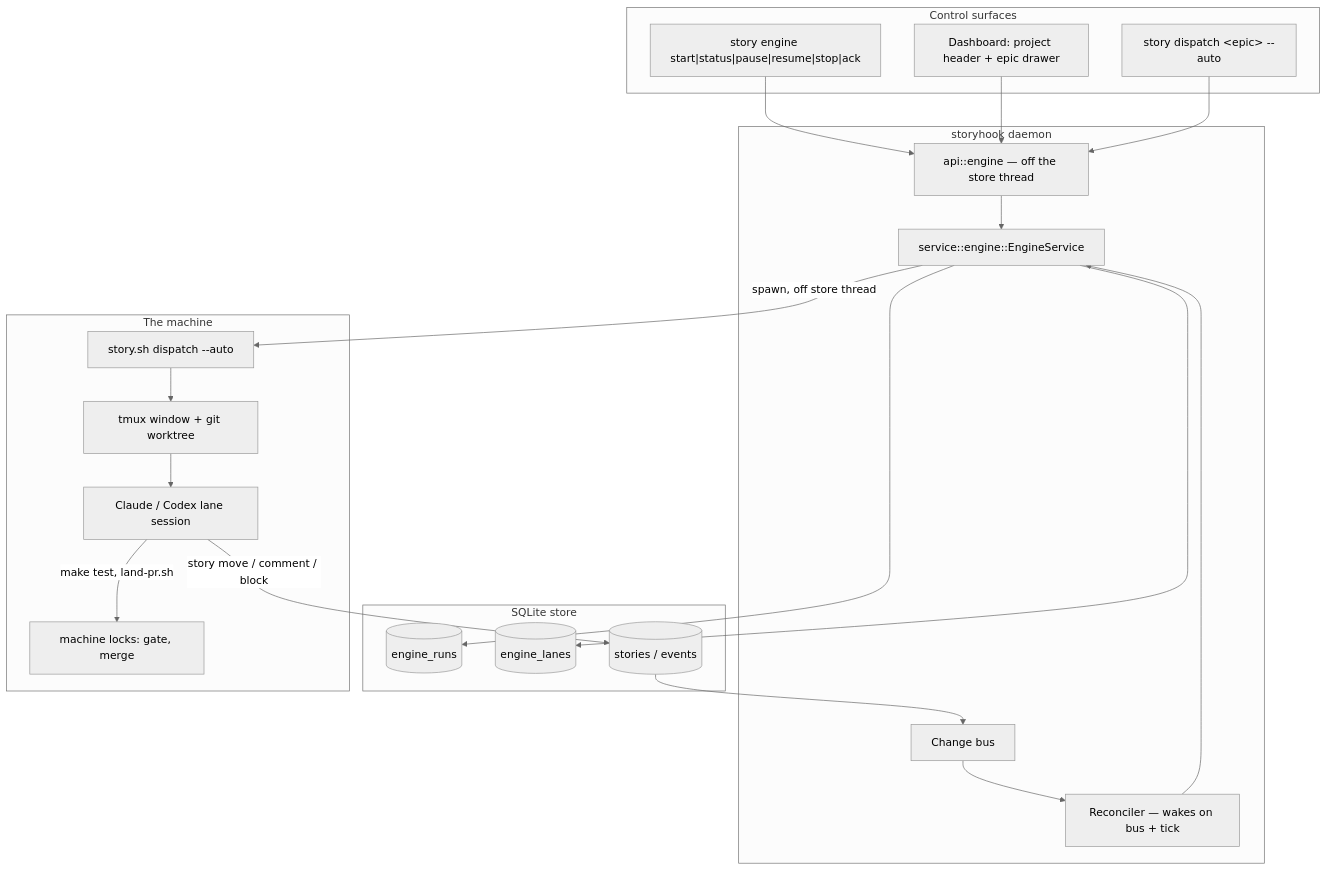
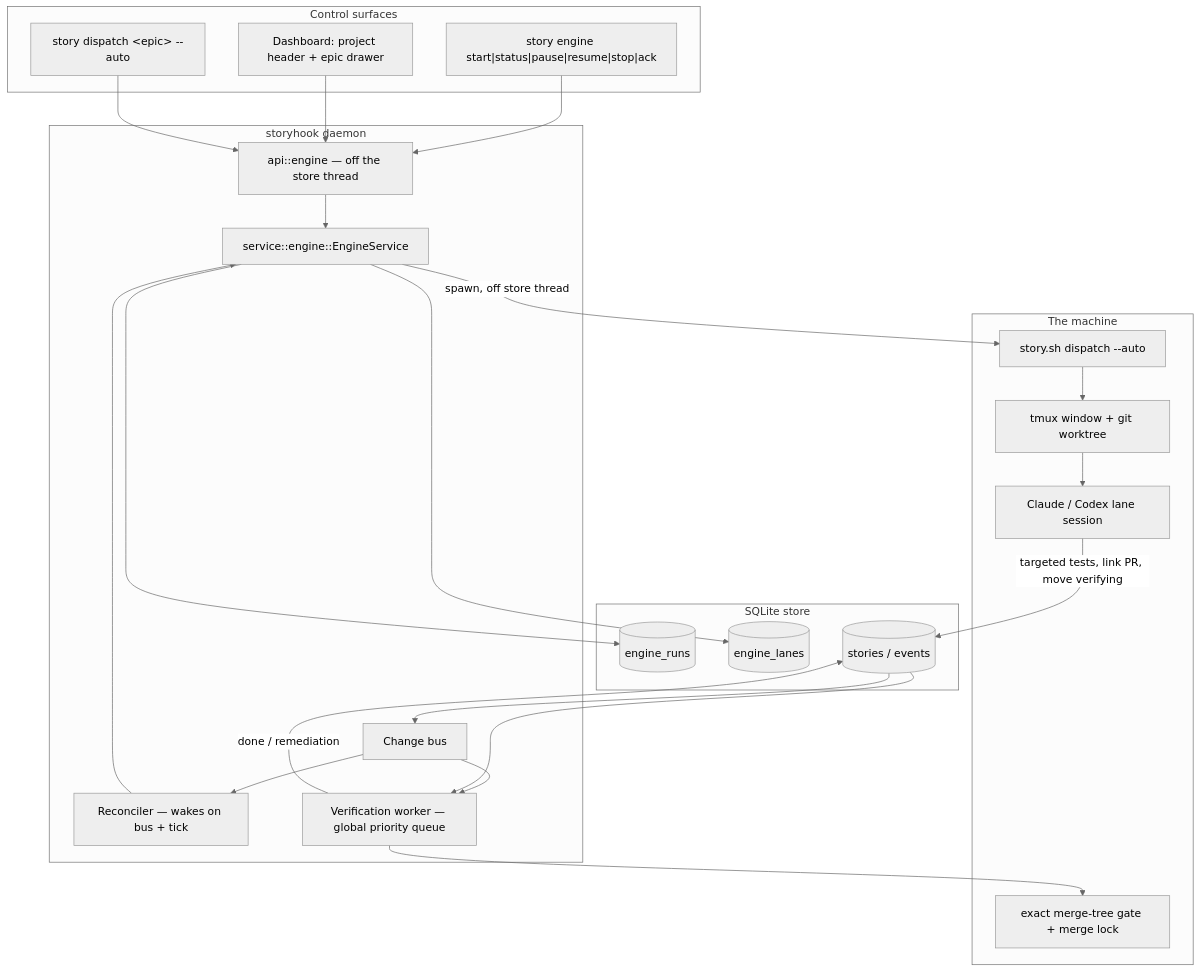
One commit to mikeydotio/storyhook changed the first of 4 diagrams in docs/spec/full-auto-engine.md. Above: the diagram before and after it, drawn with Mermaid (neutral theme). The commit also changed other lines of this file and 52 other files, not shown here.

````diff
--- a/docs/spec/full-auto-engine.md
+++ b/docs/spec/full-auto-engine.md
@@ -69,42 +69,46 @@
 ```mermaid
 flowchart TB
     subgraph Control["Control surfaces"]
         CLI["story engine start|status|pause|resume|stop|ack"]
         WEB["Dashboard: project header + epic drawer"]
         DISP["story dispatch &lt;epic&gt; --auto"]
     end
 
     subgraph Daemon["storyhook daemon"]
         API["api::engine — off the store thread"]
         SVC["service::engine::EngineService"]
         REC["Reconciler — wakes on bus + tick"]
+        VER["Verification worker — global priority queue"]
         BUS["Change bus"]
     end
 
     subgraph Store["SQLite store"]
         RUNS[("engine_runs")]
         LANES[("engine_lanes")]
         STORIES[("stories / events")]
     end
 
     subgraph Machine["The machine"]
         SH["story.sh dispatch --auto"]
         TMUX["tmux window + git worktree"]
         AGENT["Claude / Codex lane session"]
-        LOCKS["machine locks: gate, merge"]
+        LOCKS["exact merge-tree gate + merge lock"]
     end
 
     CLI --> API
     WEB --> API
     DISP --> API
     API --> SVC
     SVC --> RUNS
     SVC --> LANES
     REC --> SVC
     BUS --> REC
+    BUS --> VER
     STORIES --> BUS
     SVC -->|spawn, off store thread| SH
     SH --> TMUX --> AGENT
-    AGENT -->|story move / comment / block| STORIES
-    AGENT -->|make test, land-pr.sh| LOCKS
+    AGENT -->|targeted tests, link PR, move verifying| STORIES
+    STORIES --> VER
+    VER --> LOCKS
+    VER -->|done / remediation| STORIES
 ```
````
